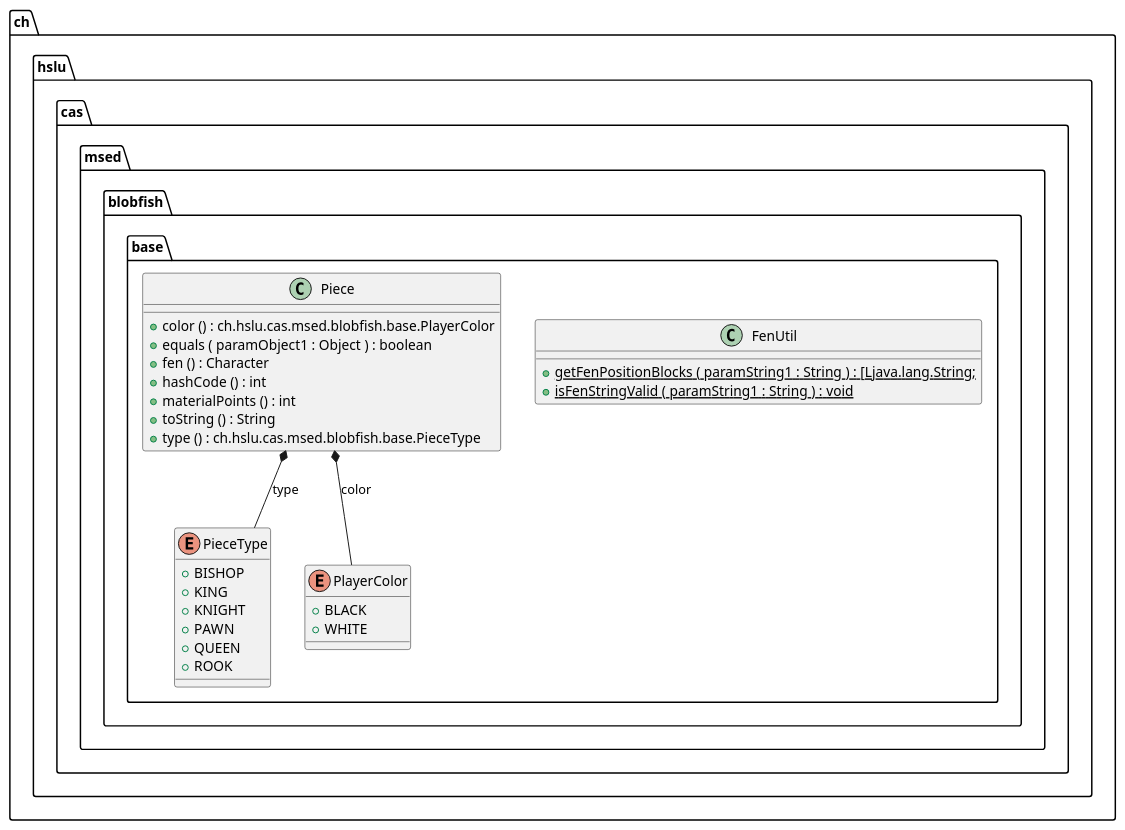
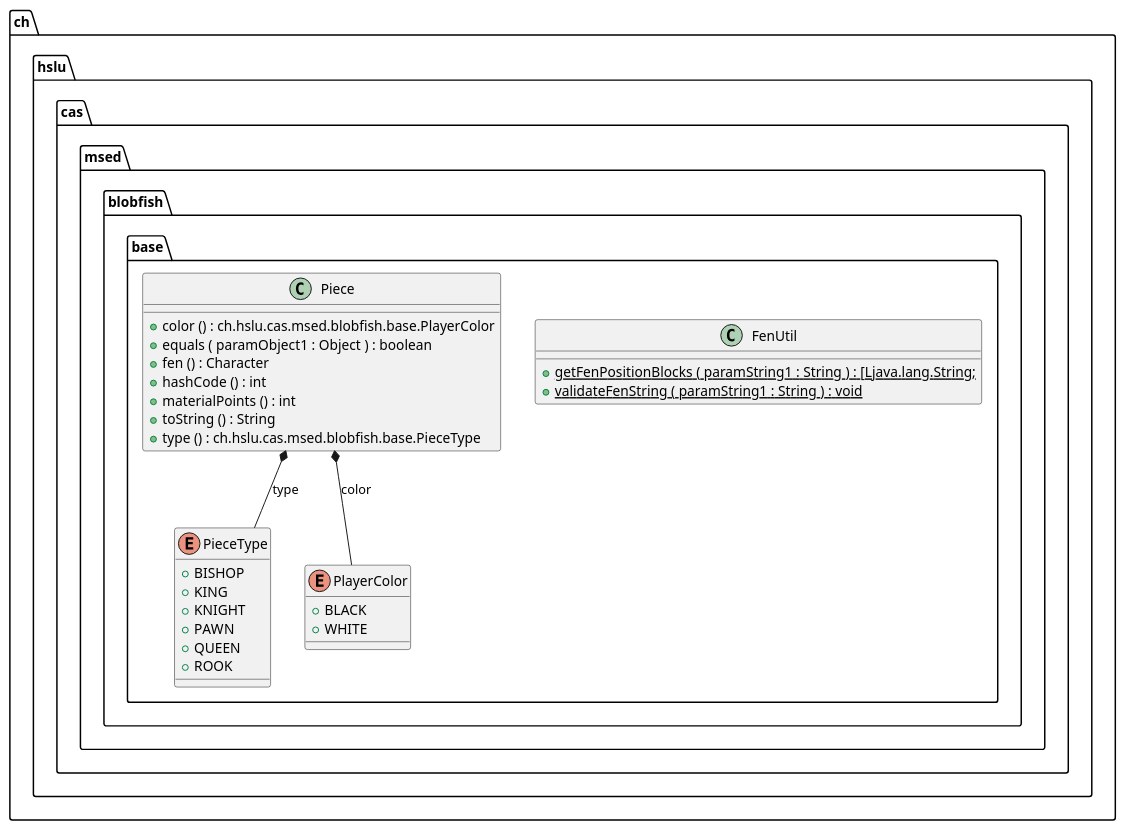
Before and after one commit to l2c0r3/blobfish: the diagram in docs/generated-diagrams/base.puml, drawn with PlantUML. The commit also changed 3 other files, not shown here.

Commit message:
update generated UML diagrams

```diff
--- a/docs/generated-diagrams/base.puml
+++ b/docs/generated-diagrams/base.puml
@@ -1,42 +1,42 @@
 @startuml
 
 class ch.hslu.cas.msed.blobfish.base.FenUtil {
 	{method}  {static} +getFenPositionBlocks ( paramString1 : String ) : [Ljava.lang.String;
-	{method}  {static} +isFenStringValid ( paramString1 : String ) : void
+	{method}  {static} +validateFenString ( paramString1 : String ) : void
 }
 
 
 class ch.hslu.cas.msed.blobfish.base.Piece {
 	{method} +color () : ch.hslu.cas.msed.blobfish.base.PlayerColor
 	{method} +equals ( paramObject1 : Object ) : boolean
 	{method} +fen () : Character
 	{method} +hashCode () : int
 	{method} +materialPoints () : int
 	{method} +toString () : String
 	{method} +type () : ch.hslu.cas.msed.blobfish.base.PieceType
 }
 
 
 enum ch.hslu.cas.msed.blobfish.base.PieceType {
 	{field} +BISHOP
 	{field} +KING
 	{field} +KNIGHT
 	{field} +PAWN
 	{field} +QUEEN
 	{field} +ROOK
 }
 
 
 enum ch.hslu.cas.msed.blobfish.base.PlayerColor {
 	{field} +BLACK
 	{field} +WHITE
 }
 
 
 
 
 ch.hslu.cas.msed.blobfish.base.Piece *--  ch.hslu.cas.msed.blobfish.base.PieceType : type
 ch.hslu.cas.msed.blobfish.base.Piece *--  ch.hslu.cas.msed.blobfish.base.PlayerColor : color
 
 
 @enduml
```
